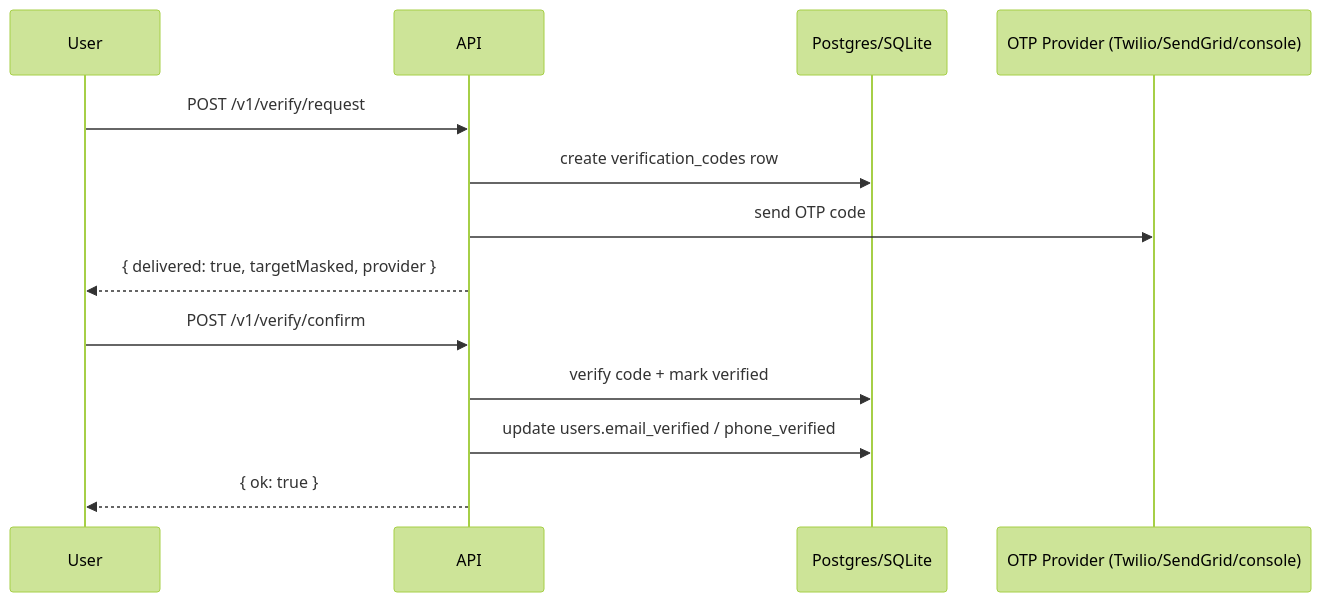
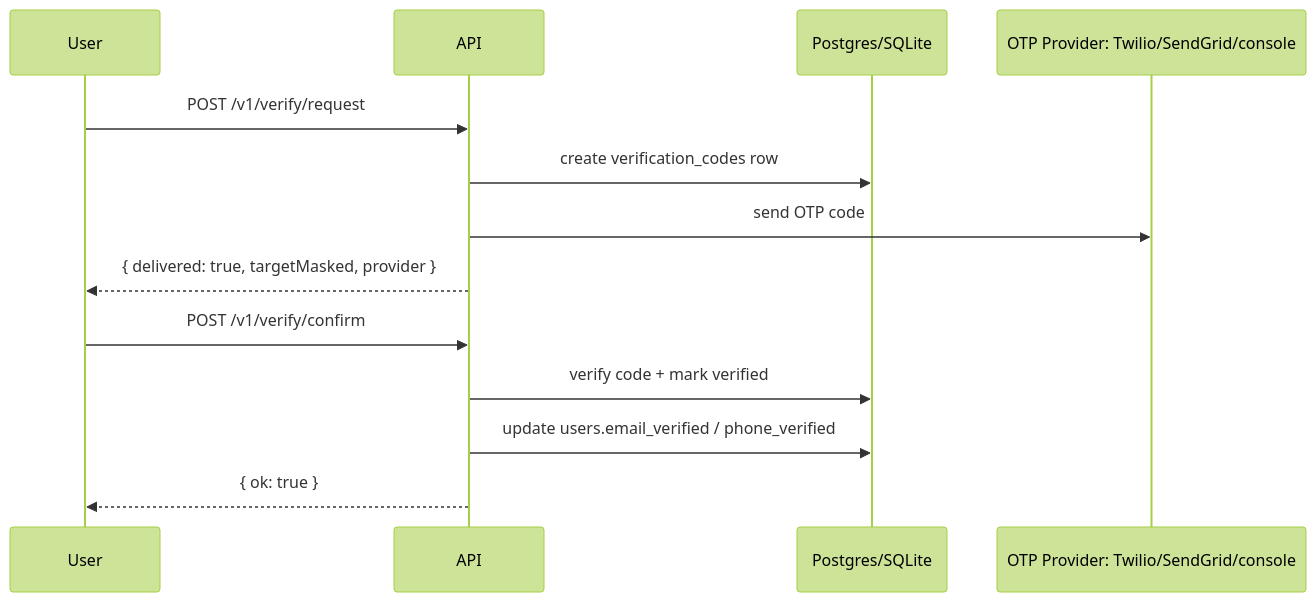
One commit to gary322/Multi-Messaging-Paid changed the sixth of 14 diagrams in README.md. Above: the diagram before and after it, drawn with Mermaid (forest theme). The commit also changed other lines of this file, not shown here.

Commit message:
Docs: make all Mermaid diagrams GitHub-compatible

````diff
--- a/README.md
+++ b/README.md
@@ -285,17 +288,17 @@
 ```mermaid
 sequenceDiagram
   participant U as User
   participant A as API
   participant DB as Postgres/SQLite
-  participant O as OTP Provider (Twilio/SendGrid/console)
+  participant O as OTP Provider: Twilio/SendGrid/console
 
   U->>A: POST /v1/verify/request
   A->>DB: create verification_codes row
   A->>O: send OTP code
   A-->>U: { delivered: true, targetMasked, provider }
 
   U->>A: POST /v1/verify/confirm
   A->>DB: verify code + mark verified
   A->>DB: update users.email_verified / phone_verified
   A-->>U: { ok: true }
 ```
````
